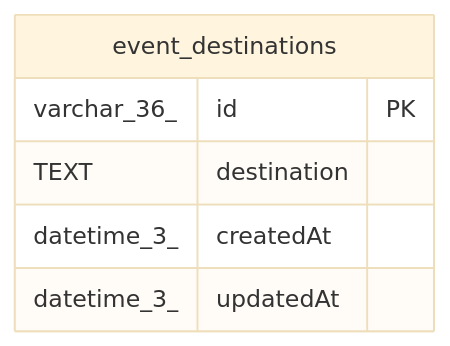
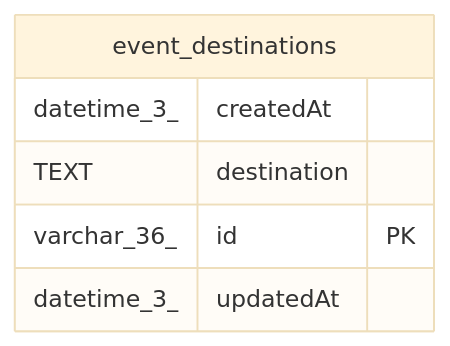
The diagram in docs/generated/sqlite-schema/event_destinations.md (mayankjain1815-commits/n8n), drawn with Mermaid (base theme) before and after one commit. The commit also changed other lines of this file and 221 other files, not shown here.

Commit message:
chore(core): Make DB schema docs generation deterministic (#32373)

````diff
--- a/docs/generated/sqlite-schema/event_destinations.md
+++ b/docs/generated/sqlite-schema/event_destinations.md
@@ -38,11 +38,11 @@
 ```mermaid
 erDiagram
 
 
 "event_destinations" {
+  datetime_3_ createdAt
+  TEXT destination
   varchar_36_ id PK
-  TEXT destination
-  datetime_3_ createdAt
   datetime_3_ updatedAt
 }
 ```
````
